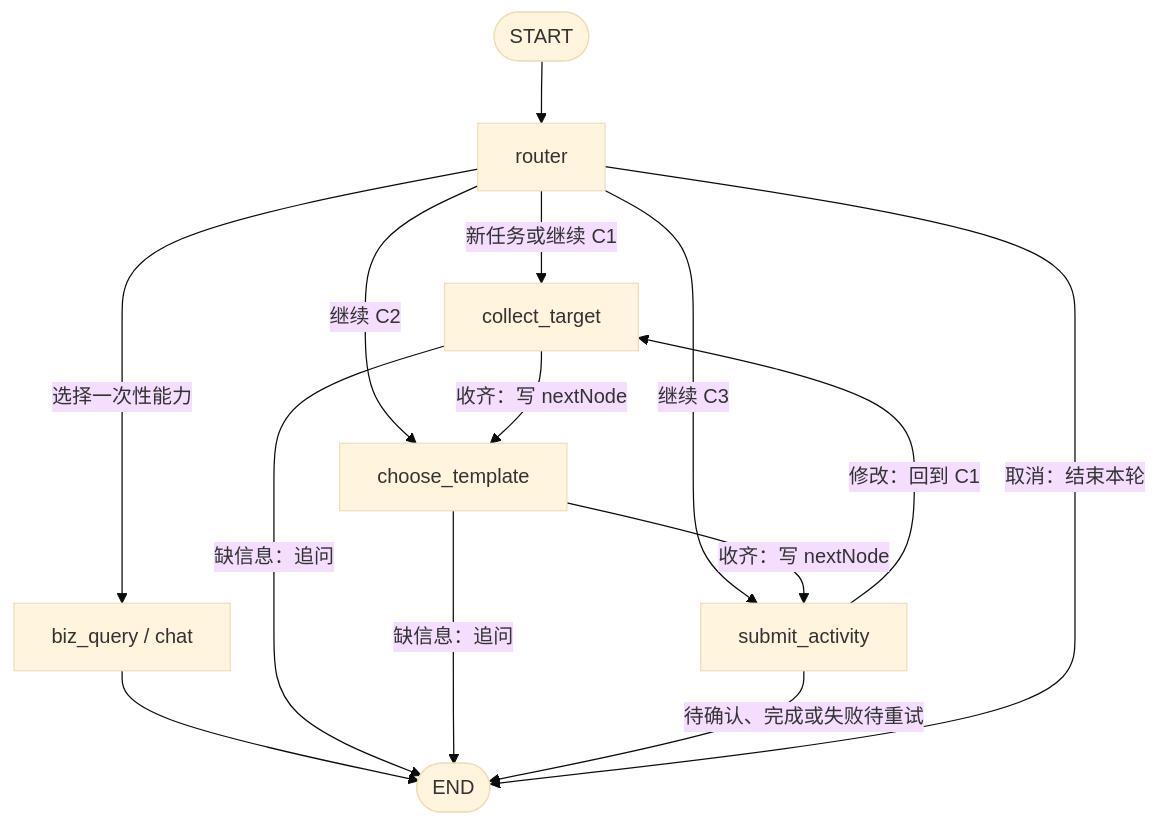
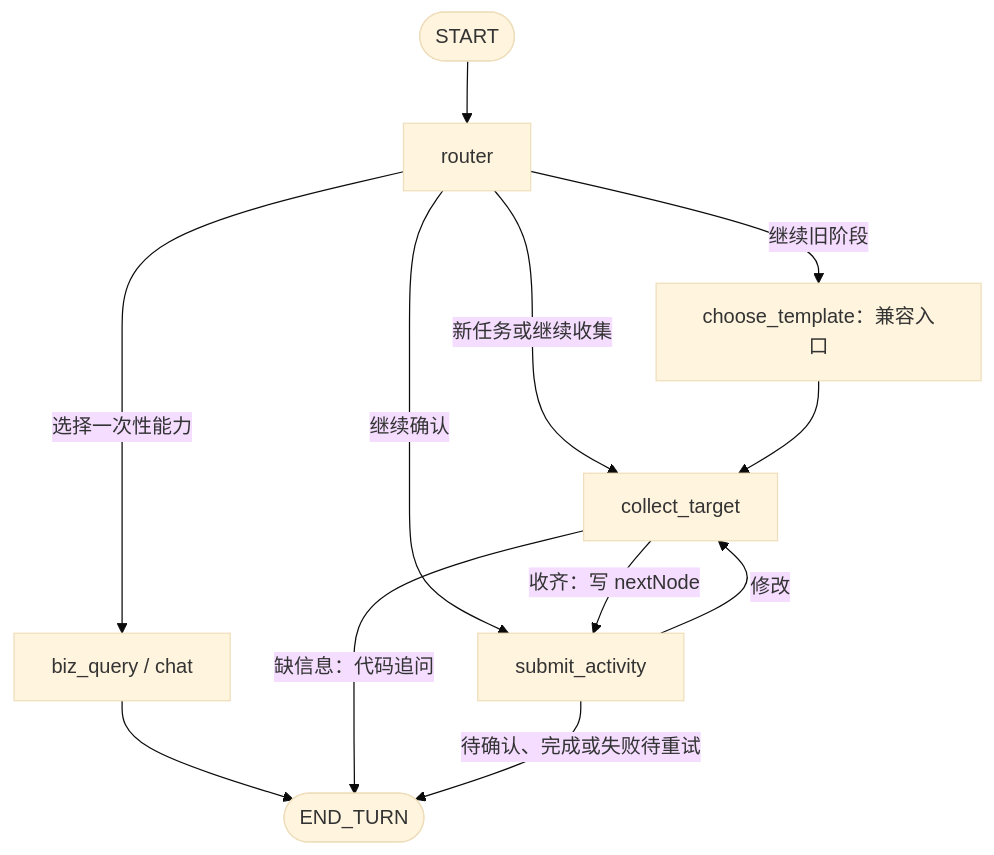
Before and after one commit to wyn407473978/smart-flow: the fourth of 6 diagrams in docs/architecture.md, drawn with Mermaid (base theme). The commit also changed other lines of this file and 12 other files, not shown here.

First line of the commit message:
refactor(flow): 合并多阶段收集为统一节点并用代码生成追问

````diff
--- a/docs/architecture.md
+++ b/docs/architecture.md
@@ -226,16 +226,14 @@
 ```mermaid
 flowchart TD
     S([START]) --> R[router]
     R -->|"选择一次性能力"| B[biz_query / chat]
-    R -->|"新任务或继续 C1"| C1[collect_target]
-    R -->|"继续 C2"| C2[choose_template]
-    R -->|"继续 C3"| C3[submit_activity]
-    C1 -->|"收齐：写 nextNode"| C2
-    C2 -->|"收齐：写 nextNode"| C3
-    C3 -->|"修改：回到 C1"| C1
-    B --> E([END])
-    C1 -->|"缺信息：追问"| E
-    C2 -->|"缺信息：追问"| E
-    C3 -->|"待确认、完成或失败待重试"| E
-    R -->|"取消：结束本轮"| E
+    R -->|"新任务或继续收集"| C[collect_target]
+    R -->|"继续旧阶段"| L[choose_template：兼容入口]
+    L --> C
+    R -->|"继续确认"| F[submit_activity]
+    C -->|"收齐：写 nextNode"| F
+    F -->|"修改"| C
+    B --> E([END_TURN])
+    C -->|"缺信息：代码追问"| E
+    F -->|"待确认、完成或失败待重试"| E
 ```
````
